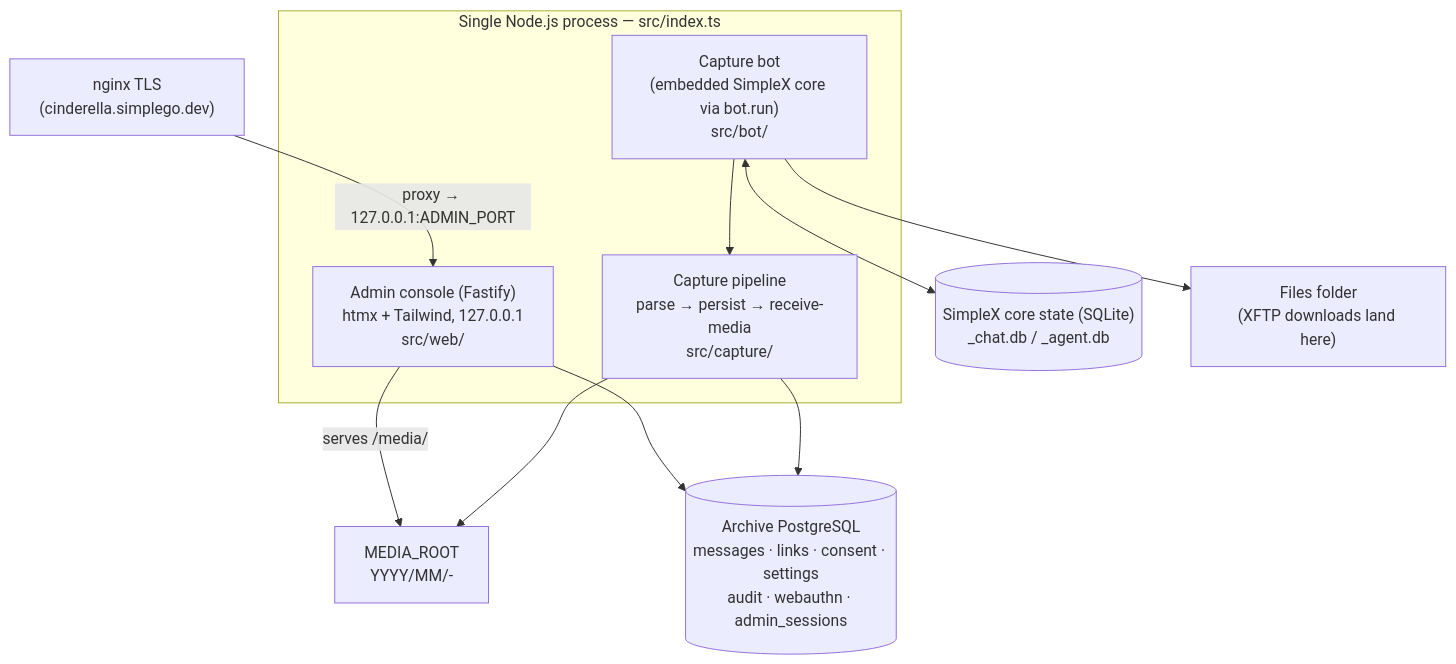
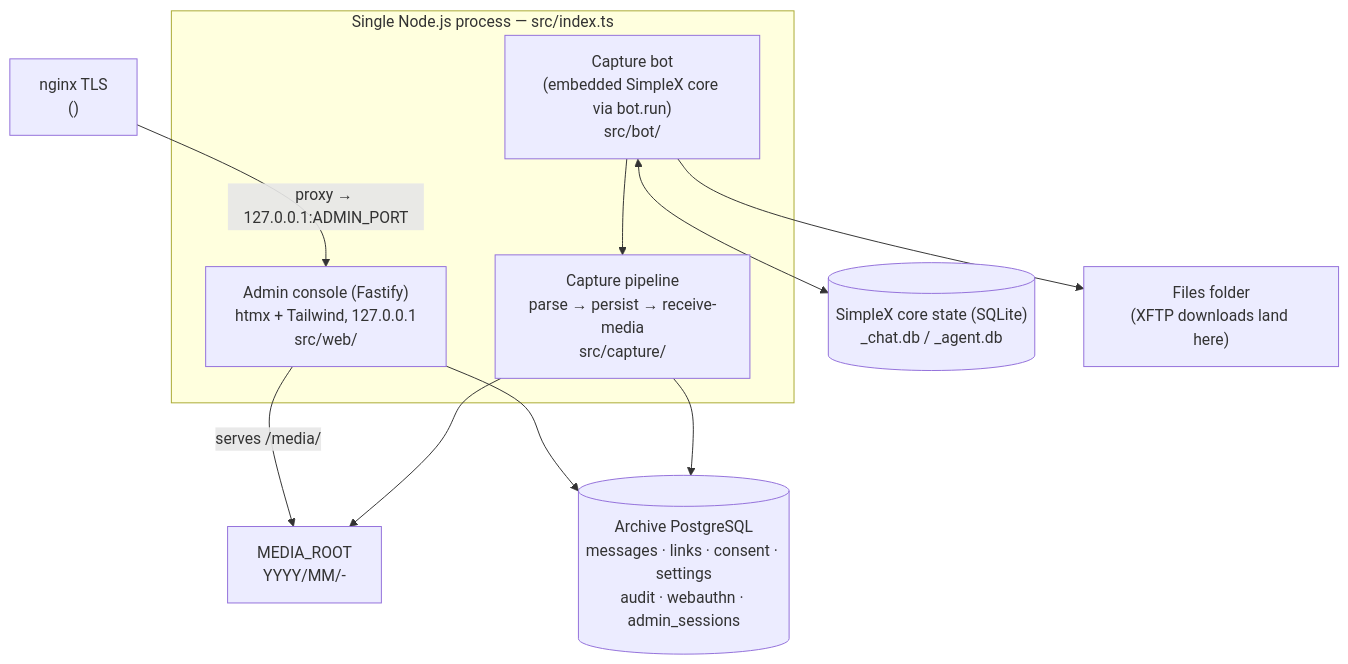
Before and after one commit to saschadaemgen/CIND3R3LLA: the first of 2 diagrams in docs/architecture.md, drawn with Mermaid. The commit also changed other lines of this file and 7 other files, not shown here.

````diff
--- a/docs/architecture.md
+++ b/docs/architecture.md
@@ -28,22 +28,22 @@
 ```mermaid
 flowchart TB
   subgraph proc["Single Node.js process — src/index.ts"]
     bot["Capture bot\n(embedded SimpleX core via bot.run)\nsrc/bot/"]
     pipe["Capture pipeline\nparse → persist → receive-media\nsrc/capture/"]
     admin["Admin console (Fastify)\nhtmx + Tailwind, 127.0.0.1\nsrc/web/"]
   end
   simplexdb[("SimpleX core state (SQLite)\n<prefix>_chat.db / _agent.db")]
   files["Files folder\n(XFTP downloads land here)"]
   media["MEDIA_ROOT\nYYYY/MM/<fileId>-<name>"]
   pg[("Archive PostgreSQL\nmessages · links · consent · settings\naudit · webauthn · admin_sessions")]
-  nginx["nginx TLS\n(cinderella.simplego.dev)"]
+  nginx["nginx TLS\n(<admin-host>)"]
 
   bot <--> simplexdb
   bot --> files
   bot --> pipe
   pipe --> media
   pipe --> pg
   admin --> pg
   admin -->|serves /media/| media
   nginx -->|proxy → 127.0.0.1:ADMIN_PORT| admin
 ```
````
